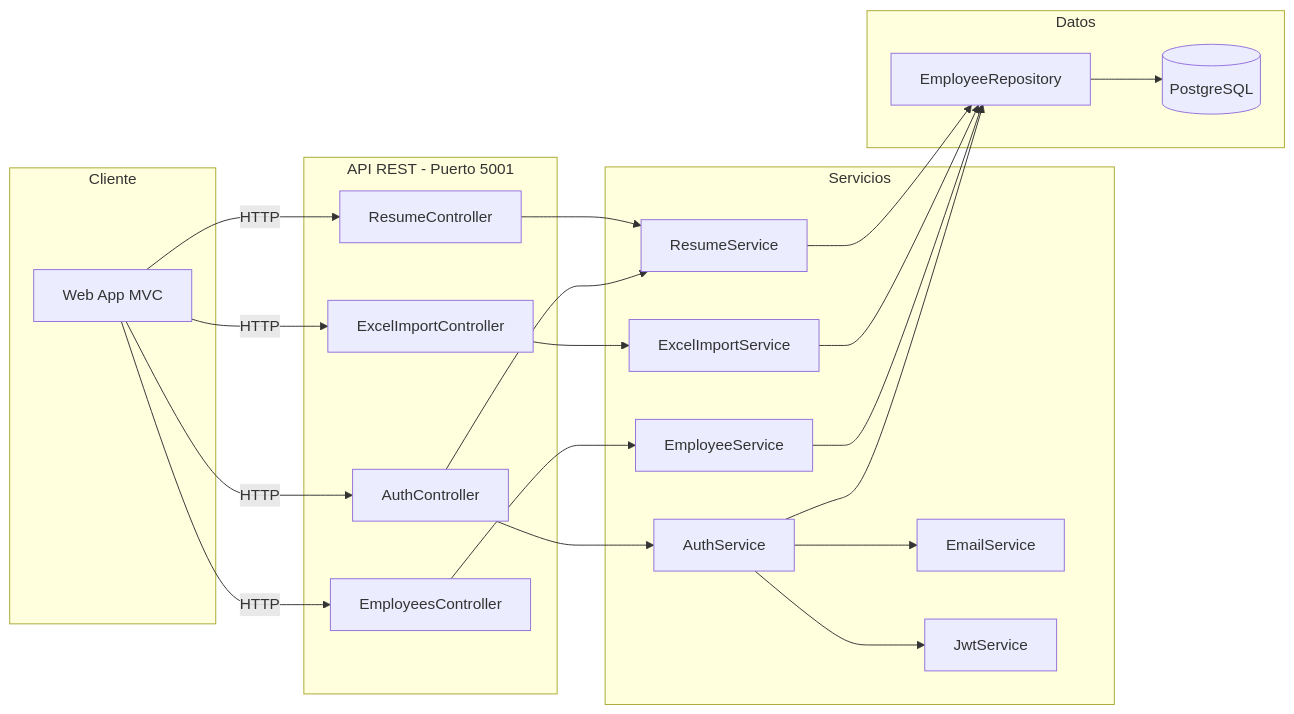
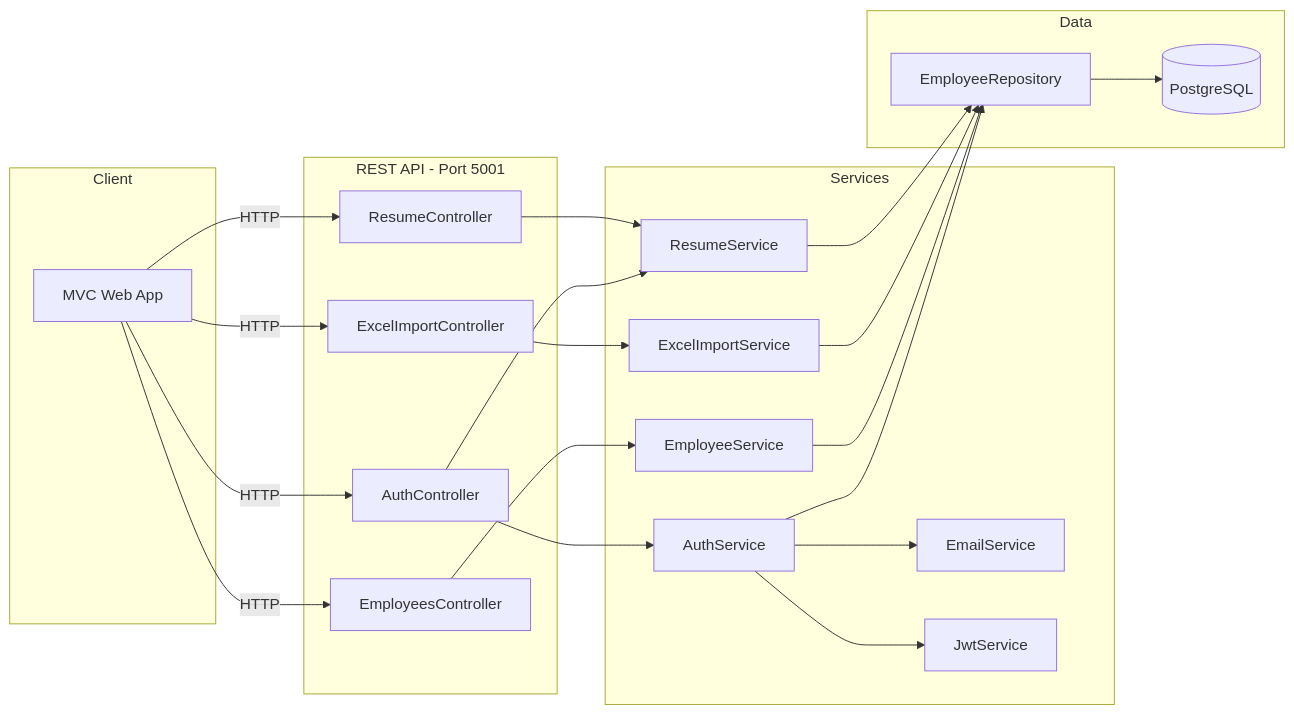
One commit to JuanDavidBarr/TalentoPlus changed the fourth of 4 diagrams in README.md. Above: the diagram before and after it, drawn with Mermaid. The commit also changed other lines of this file, not shown here.

````diff
--- a/README.md
+++ b/README.md
@@ -150,47 +148,47 @@
 ```mermaid
 flowchart LR
-    subgraph Cliente
-        WEB[Web App MVC]
+    subgraph Client
+        WEB[MVC Web App]
     end
     
-    subgraph API[API REST - Puerto 5001]
+    subgraph API[REST API - Port 5001]
         AUTH[AuthController]
         EMP[EmployeesController]
         EXCEL[ExcelImportController]
         RESUME[ResumeController]
     end
     
-    subgraph Servicios
+    subgraph Services
         AS[AuthService]
         ES[EmployeeService]
         EXS[ExcelImportService]
         RS[ResumeService]
         EMS[EmailService]
         JS[JwtService]
     end
     
-    subgraph Datos
+    subgraph Data
         REPO[EmployeeRepository]
         DB[(PostgreSQL)]
     end
     
     WEB -->|HTTP| AUTH
     WEB -->|HTTP| EMP
     WEB -->|HTTP| EXCEL
     WEB -->|HTTP| RESUME
     
     AUTH --> AS
     AUTH --> RS
     EMP --> ES
     EXCEL --> EXS
     RESUME --> RS
     
     AS --> JS
     AS --> EMS
     AS --> REPO
     ES --> REPO
     EXS --> REPO
     RS --> REPO
     
     REPO --> DB
 ```
````
